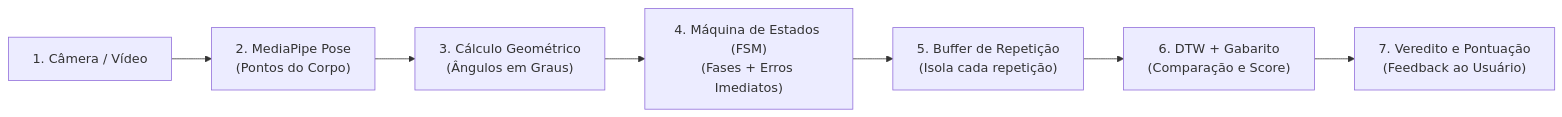
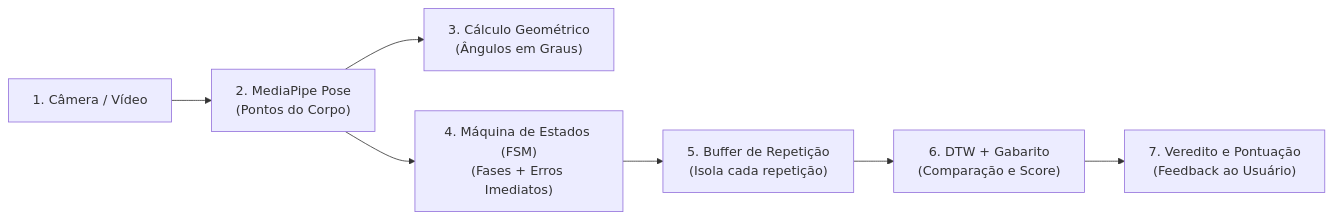
The diagram in EXPLICACAO_IA.md (heitoroliveira75/EngSoftTrabalho_Personal_TrainerIA), drawn with Mermaid before and after one commit. The commit also changed other lines of this file and 7 other files, not shown here.

````diff
--- a/EXPLICACAO_IA.md
+++ b/EXPLICACAO_IA.md
@@ -24,9 +24,9 @@
 ```mermaid
 flowchart LR
     A["1. Câmera / Vídeo"] --> B["2. MediaPipe Pose\n(Pontos do Corpo)"]
     B --> C["3. Cálculo Geométrico\n(Ângulos em Graus)"]
-    C --> D["4. Máquina de Estados (FSM)\n(Fases + Erros Imediatos)"]
+    B --> D["4. Máquina de Estados (FSM)\n(Fases + Erros Imediatos)"]
     D --> E["5. Buffer de Repetição\n(Isola cada repetição)"]
     E --> F["6. DTW + Gabarito\n(Comparação e Score)"]
     F --> G["7. Veredito e Pontuação\n(Feedback ao Usuário)"]
 ```
````
